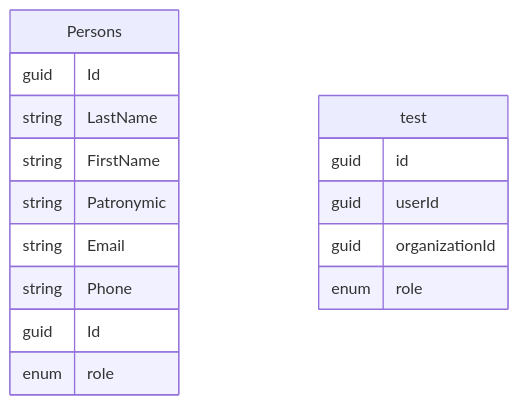
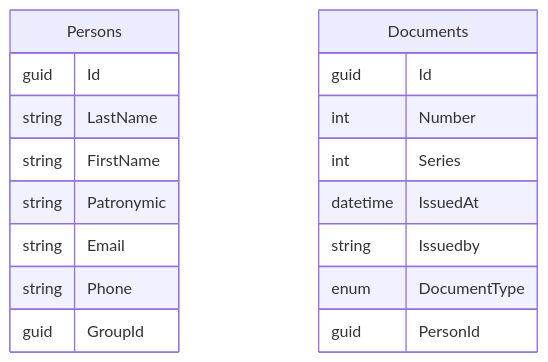
One commit to SlavaNik16/Accessories_PC_Nik_Api changed the diagram in README.md. Above: the diagram before and after it, drawn with Mermaid.

````diff
--- a/README.md
+++ b/README.md
@@ -5,19 +5,21 @@
 ```mermaid
 erDiagram
     Persons {
         guid Id
         string LastName
         string FirstName
         string Patronymic
         string Email
         string Phone
+        guid GroupId
+    }
+    Documents {
         guid Id
-        enum role
-    }
-    test {
-        guid id
-        guid userId
-        guid organizationId
-        enum role
+        int Number
+        int Series
+        datetime IssuedAt
+        string Issuedby
+        enum DocumentType
+        guid PersonId
     }
 ```
````
